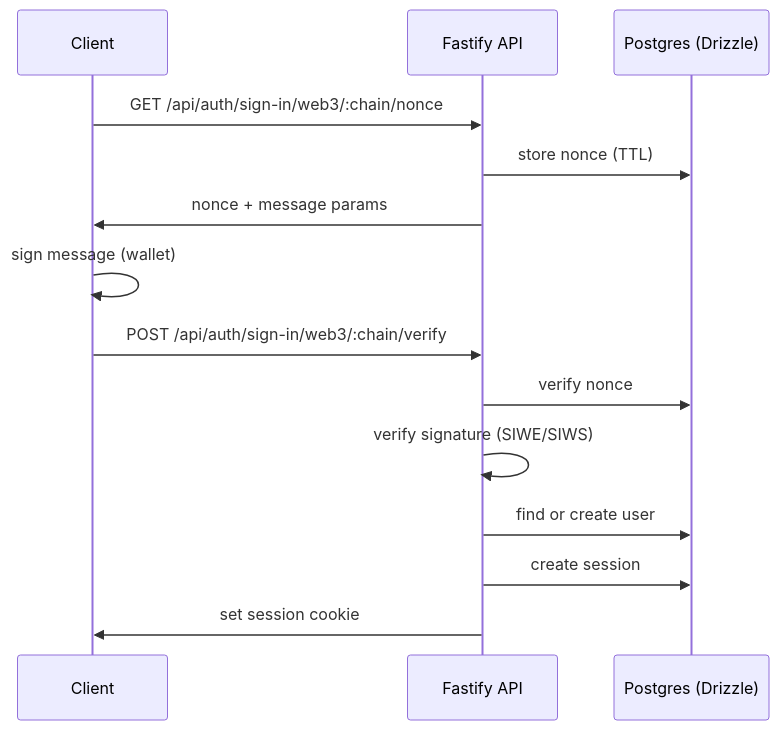
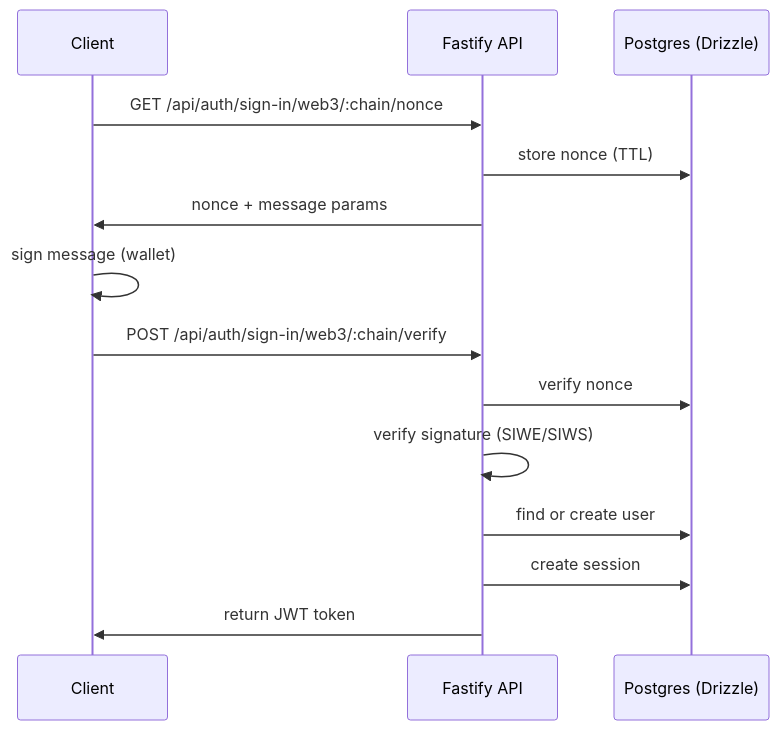
The second of 3 diagrams in apps/docu/content/docs/architecture/authentication.mdx (blockmatic/basilic-evm), drawn with Mermaid before and after one commit. The commit also changed other lines of this file and 52 other files, not shown here.

Commit message:
wip: login flow - codex

````diff
--- a/apps/docu/content/docs/architecture/authentication.mdx
+++ b/apps/docu/content/docs/architecture/authentication.mdx
@@ -149,18 +271,18 @@
 ```mermaid
 sequenceDiagram
     participant Client
     participant API as Fastify API
     participant DB as Postgres (Drizzle)
 
     Client->>API: GET /api/auth/sign-in/web3/:chain/nonce
     API->>DB: store nonce (TTL)
     API->>Client: nonce + message params
 
     Client->>Client: sign message (wallet)
     Client->>API: POST /api/auth/sign-in/web3/:chain/verify
     API->>DB: verify nonce
     API->>API: verify signature (SIWE/SIWS)
     API->>DB: find or create user
     API->>DB: create session
-    API->>Client: set session cookie
+    API->>Client: return JWT token
 ```
````
